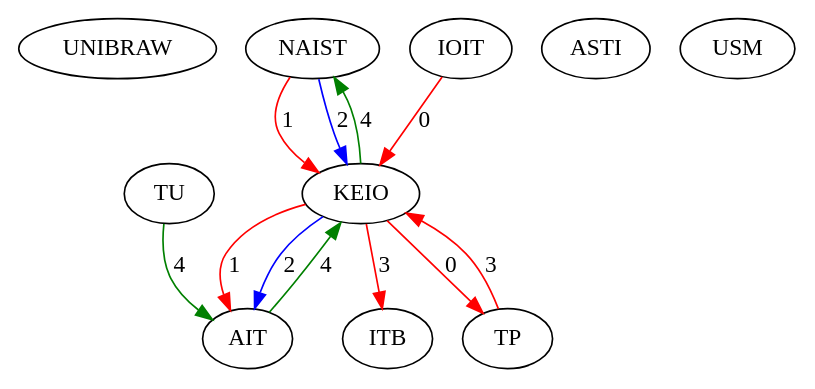
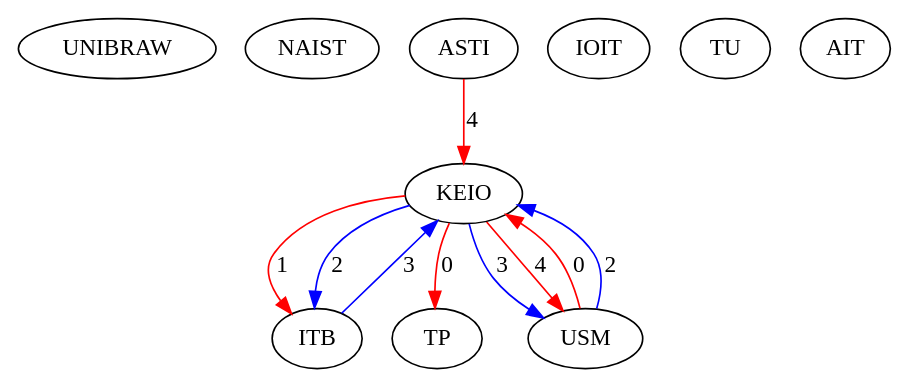
The diagram in src/assignedGraphs/assigned.dot (Hebbe1234/ExpectAll), drawn with Graphviz before and after one commit. The commit also changed 2 other files, not shown here.

```diff
--- a/src/assignedGraphs/assigned.dot
+++ b/src/assignedGraphs/assigned.dot
@@ -1,23 +1,21 @@
 digraph  {
 0 [Internal=1, label=UNIBRAW];
 1 [Internal=1, label=NAIST];
 2 [Internal=1, label=KEIO];
 3 [Internal=1, label=IOIT];
 4 [Internal=1, label=ASTI];
 5 [Internal=1, label=TU];
 6 [Internal=1, label=AIT];
 7 [Internal=1, label=ITB];
 8 [Internal=1, label=TP];
 9 [Internal=1, label=USM];
-1 -> 2  [color=red, key=0, label=1];
-1 -> 2  [color=blue, key=1, label=2];
 2 -> 8  [color=red, key=0, label=0];
-2 -> 6  [color=red, key=0, label=1];
-2 -> 6  [color=blue, key=1, label=2];
-2 -> 7  [color=red, key=0, label=3];
-2 -> 1  [color=green, key=0, label=4];
-3 -> 2  [color=red, key=0, label=0];
-5 -> 6  [color=green, key=0, label=4];
-6 -> 2  [color=green, key=0, label=4];
-8 -> 2  [color=red, key=0, label=3];
+2 -> 7  [color=red, key=0, label=1];
+2 -> 7  [color=blue, key=1, label=2];
+2 -> 9  [color=blue, key=0, label=3];
+2 -> 9  [color=red, key=1, label=4];
+4 -> 2  [color=red, key=0, label=4];
+7 -> 2  [color=blue, key=0, label=3];
+9 -> 2  [color=red, key=0, label=0];
+9 -> 2  [color=blue, key=1, label=2];
 }
```
